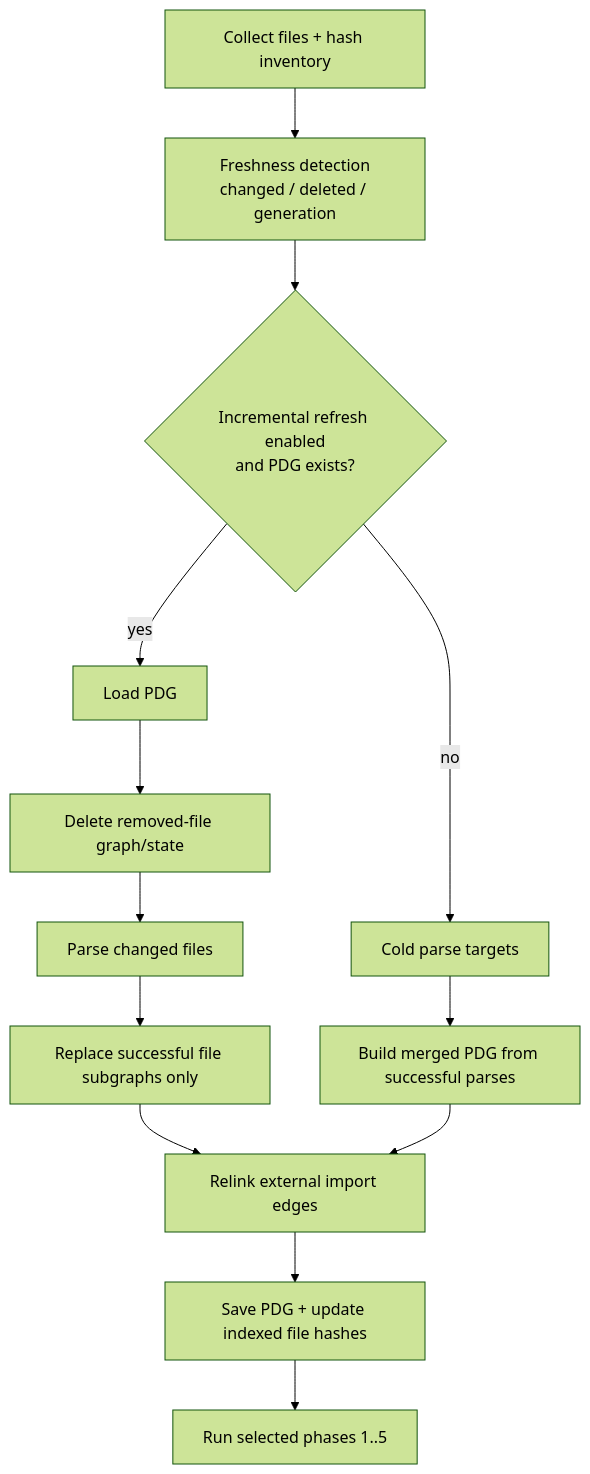
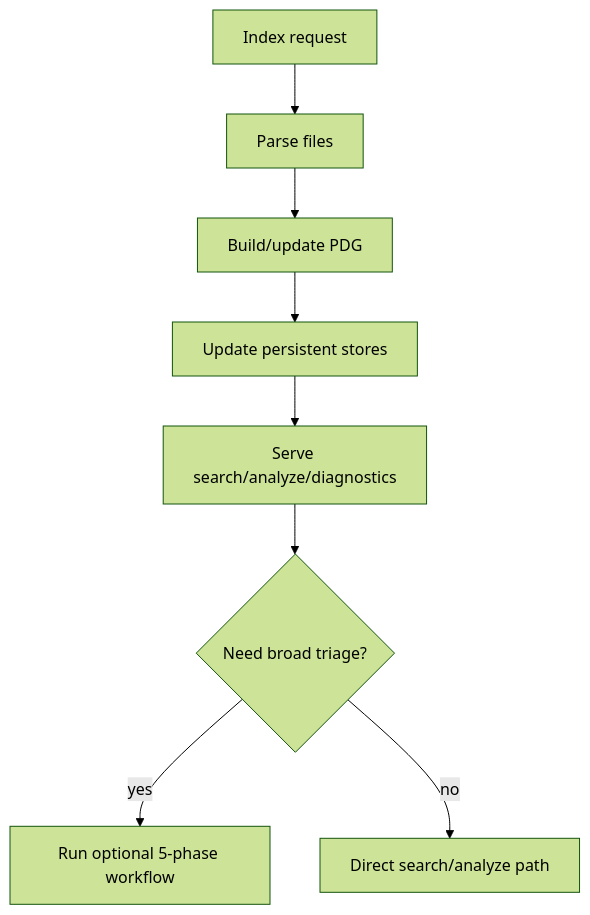
One commit to scooter-lacroix/LeIndex changed the second of 2 diagrams in ARCHITECTURE.md. Above: the diagram before and after it, drawn with Mermaid (forest theme). The commit also changed other lines of this file and 130 other files, not shown here.

````diff
--- a/ARCHITECTURE.md
+++ b/ARCHITECTURE.md
@@ -47,18 +52,11 @@
 ```mermaid
 flowchart TB
-    A[Collect files + hash inventory] --> B[Freshness detection\nchanged / deleted / generation]
-    B --> C{Incremental refresh enabled\nand PDG exists?}
+    A[Index request] --> B[Parse files]
+    B --> C[Build/update PDG]
+    C --> D[Update persistent stores]
+    D --> E[Serve search/analyze/diagnostics]
 
-    C -- yes --> D[Load PDG]
-    D --> E[Delete removed-file graph/state]
-    E --> F[Parse changed files]
-    F --> G[Replace successful file subgraphs only]
-
-    C -- no --> H[Cold parse targets]
-    H --> I[Build merged PDG from successful parses]
-
-    G --> J[Relink external import edges]
-    I --> J
-    J --> K[Save PDG + update indexed file hashes]
-    K --> L[Run selected phases 1..5]
+    E --> F{Need broad triage?}
+    F -- yes --> G[Run optional 5-phase workflow]
+    F -- no --> H[Direct search/analyze path]
 ```
````
